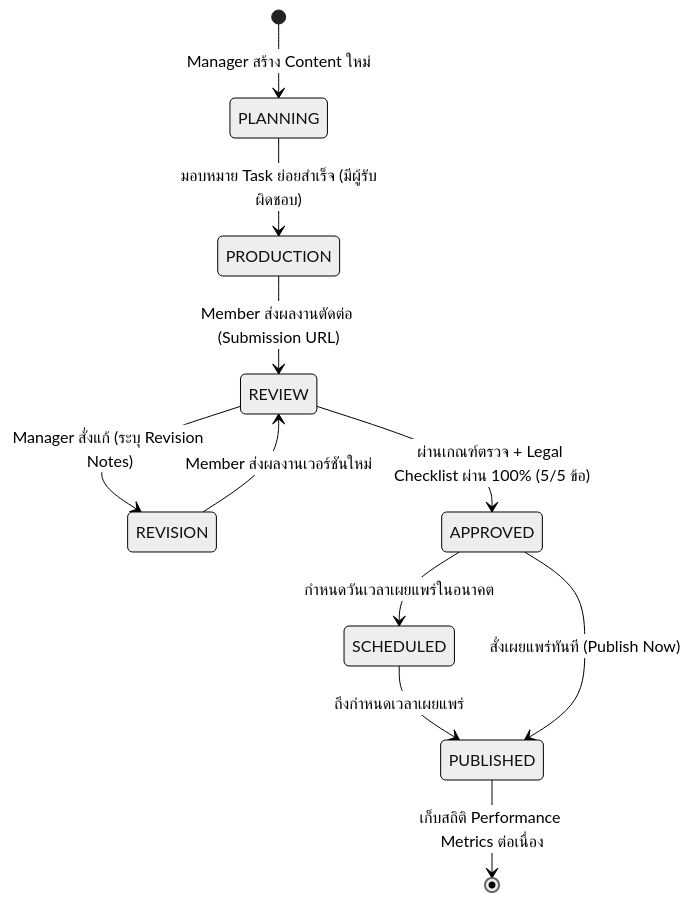
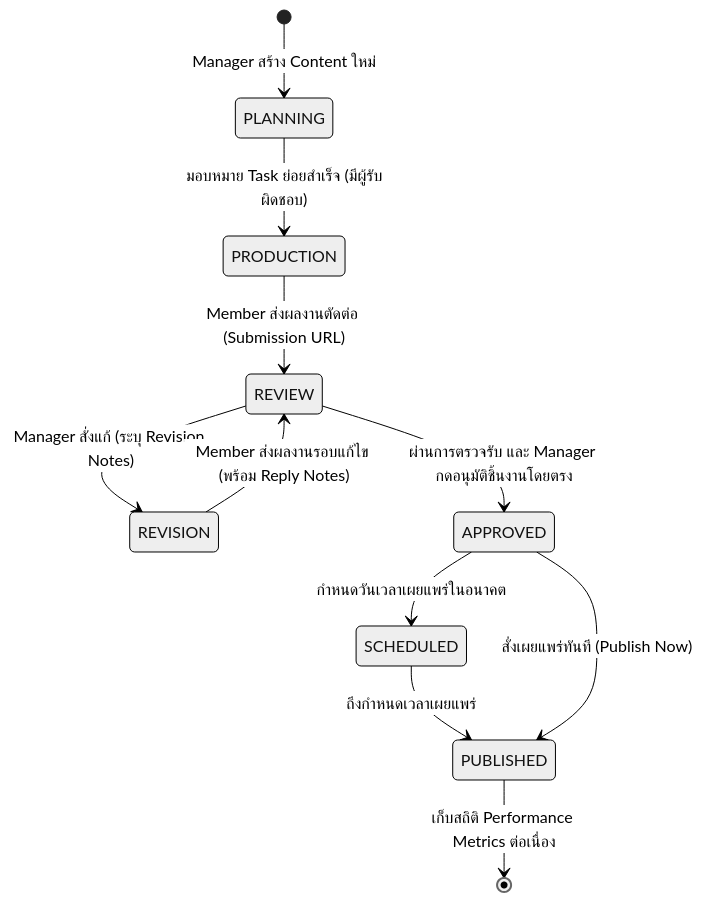
Before and after one commit to Starlight142/Content-Management-System: the second of 3 diagrams in docs/academic/03-Activity-Diagram.md, drawn with Mermaid (neutral theme). The commit also changed other lines of this file and 47 other files, not shown here.

Commit message:
feat: complete Real-time Pipeline Sync across Web and Mobile, Physical Device Deployment (Xiaomi 13 Pro), Presence Engine, and Academic Architecture update (Phases 18-22)

````diff
--- a/docs/academic/03-Activity-Diagram.md
+++ b/docs/academic/03-Activity-Diagram.md
@@ -89,19 +82,19 @@
 ```mermaid
 stateDiagram-v2
     [*] --> PLANNING : Manager สร้าง Content ใหม่
     
     PLANNING --> PRODUCTION : มอบหมาย Task ย่อยสำเร็จ (มีผู้รับผิดชอบ)
     
     PRODUCTION --> REVIEW : Member ส่งผลงานตัดต่อ (Submission URL)
     
     REVIEW --> REVISION : Manager สั่งแก้ (ระบุ Revision Notes)
-    REVISION --> REVIEW : Member ส่งผลงานเวอร์ชันใหม่
+    REVISION --> REVIEW : Member ส่งผลงานรอบแก้ไข (พร้อม Reply Notes)
     
-    REVIEW --> APPROVED : ผ่านเกณฑ์ตรวจ + Legal Checklist ผ่าน 100% (5/5 ข้อ)
+    REVIEW --> APPROVED : ผ่านการตรวจรับ และ Manager กดอนุมัติชิ้นงานโดยตรง
     
     APPROVED --> SCHEDULED : กำหนดวันเวลาเผยแพร่ในอนาคต
     SCHEDULED --> PUBLISHED : ถึงกำหนดเวลาเผยแพร่
     APPROVED --> PUBLISHED : สั่งเผยแพร่ทันที (Publish Now)
     
     PUBLISHED --> [*] : เก็บสถิติ Performance Metrics ต่อเนื่อง
 ```
````
